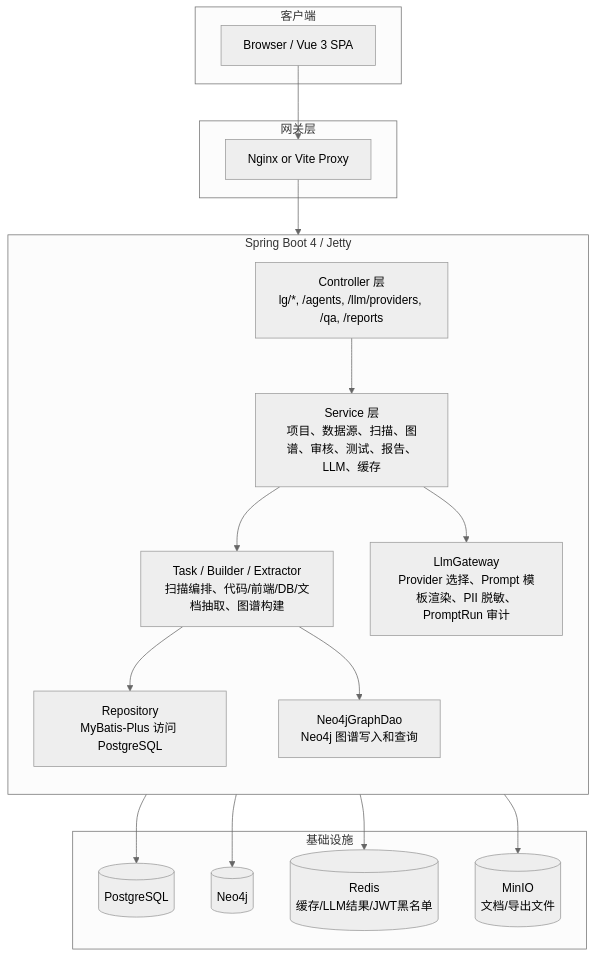
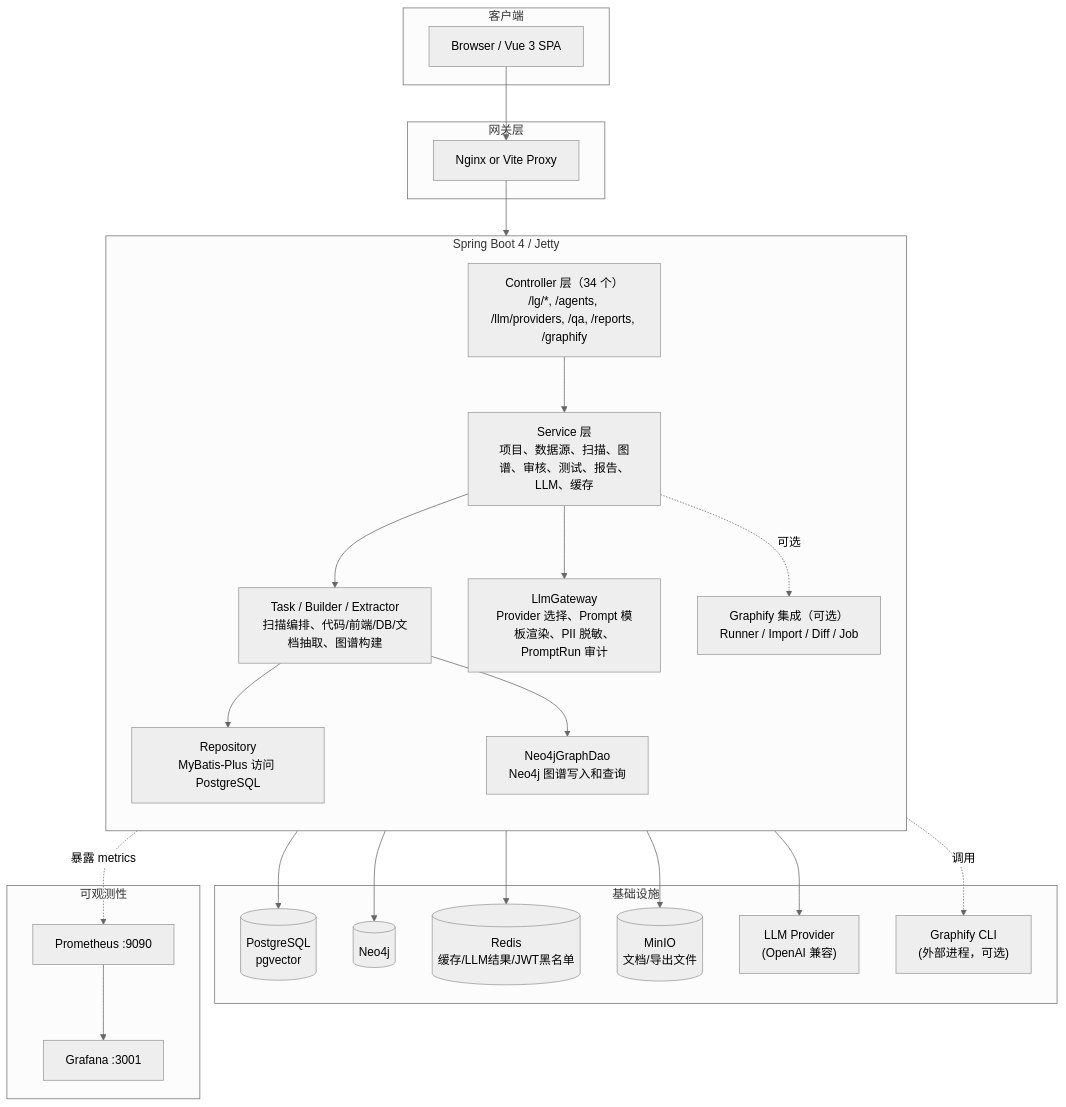
Before and after one commit to loveliunian/LegacyGraph: the first of 15 diagrams in doc/整体技术文档/架构设计文档.md, drawn with Mermaid (neutral theme). The commit also changed other lines of this file and 127 other files, not shown here.

First line of the commit message:
feat: 新增Graphify联邦集成与图谱治理能力

````diff
--- a/doc/整体技术文档/架构设计文档.md
+++ b/doc/整体技术文档/架构设计文档.md
@@ -45,39 +47,52 @@
 ```mermaid
 graph TB
     subgraph "客户端"
         Browser["Browser / Vue 3 SPA"]
     end
 
     subgraph "网关层"
         Nginx["Nginx or Vite Proxy"]
     end
 
     subgraph "Spring Boot 4 / Jetty"
         direction TB
-        Controller["Controller 层<br/>lg/*, /agents, /llm/providers, /qa, /reports"]
+        Controller["Controller 层（34 个）<br/>/lg/*, /agents, /llm/providers, /qa, /reports, /graphify"]
         Service["Service 层<br/>项目、数据源、扫描、图谱、审核、测试、报告、LLM、缓存"]
         Task["Task / Builder / Extractor<br/>扫描编排、代码/前端/DB/文档抽取、图谱构建"]
+        Graphify["Graphify 集成（可选）<br/>Runner / Import / Diff / Job"]
         Repository["Repository<br/>MyBatis-Plus 访问 PostgreSQL"]
         Neo4j["Neo4jGraphDao<br/>Neo4j 图谱写入和查询"]
         Llm["LlmGateway<br/>Provider 选择、Prompt 模板渲染、PII 脱敏、PromptRun 审计"]
     end
 
     subgraph "基础设施"
-        PG[("PostgreSQL")]
+        PG[("PostgreSQL<br/>pgvector")]
         Neo4jDB[("Neo4j")]
         Redis[("Redis<br/>缓存/LLM结果/JWT黑名单")]
         MinIO[("MinIO<br/>文档/导出文件")]
+        LLMExt["LLM Provider<br/>(OpenAI 兼容)"]
+        GraphifyCli["Graphify CLI<br/>(外部进程，可选)"]
+    end
+
+    subgraph "可观测性"
+        Prom["Prometheus :9090"]
+        Graf["Grafana :3001"]
     end
 
     Browser --> Nginx
     Nginx --> Controller
     Controller --> Service
     Service --> Task
     Task --> Repository
     Task --> Neo4j
     Service --> Llm
+    Service -.可选.-> Graphify
+    Graphify -.调用.-> GraphifyCli
     Repository --> PG
     Neo4j --> Neo4jDB
     Llm --> Redis
+    Llm --> LLMExt
     Service --> MinIO
+    Controller -.暴露 metrics.-> Prom
+    Prom --> Graf
 ```
````
